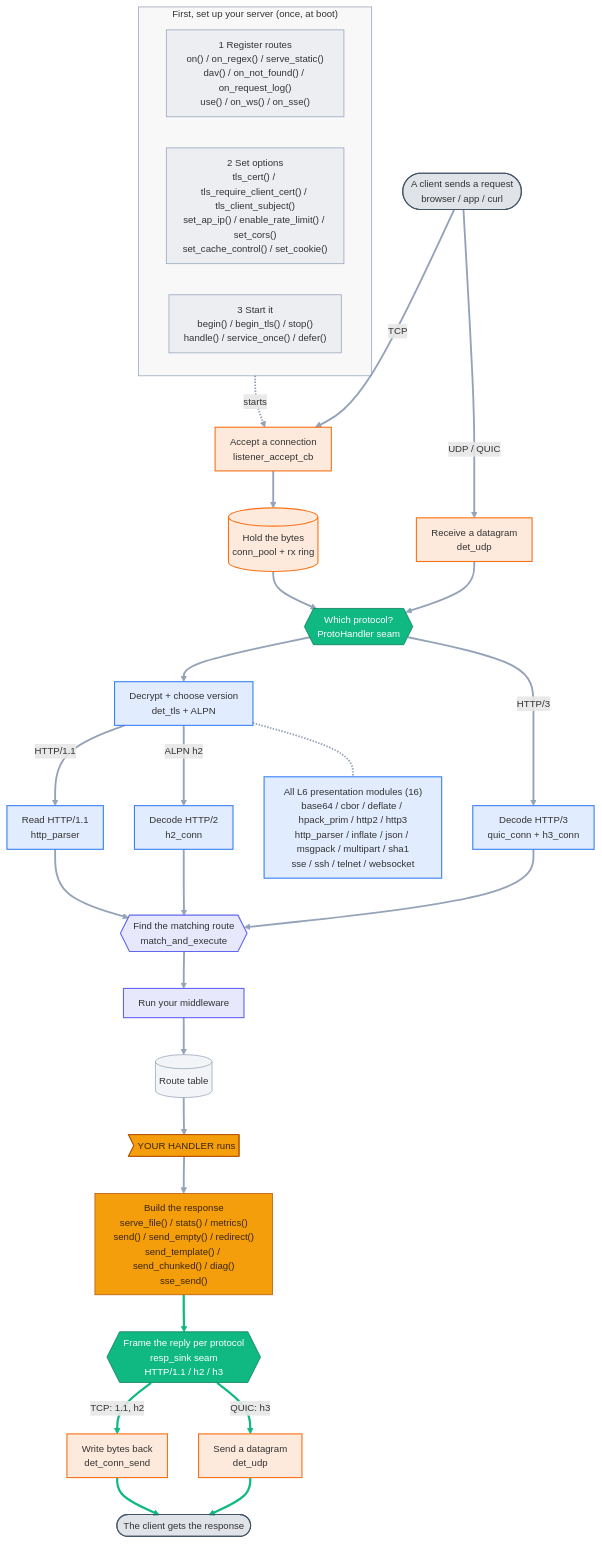
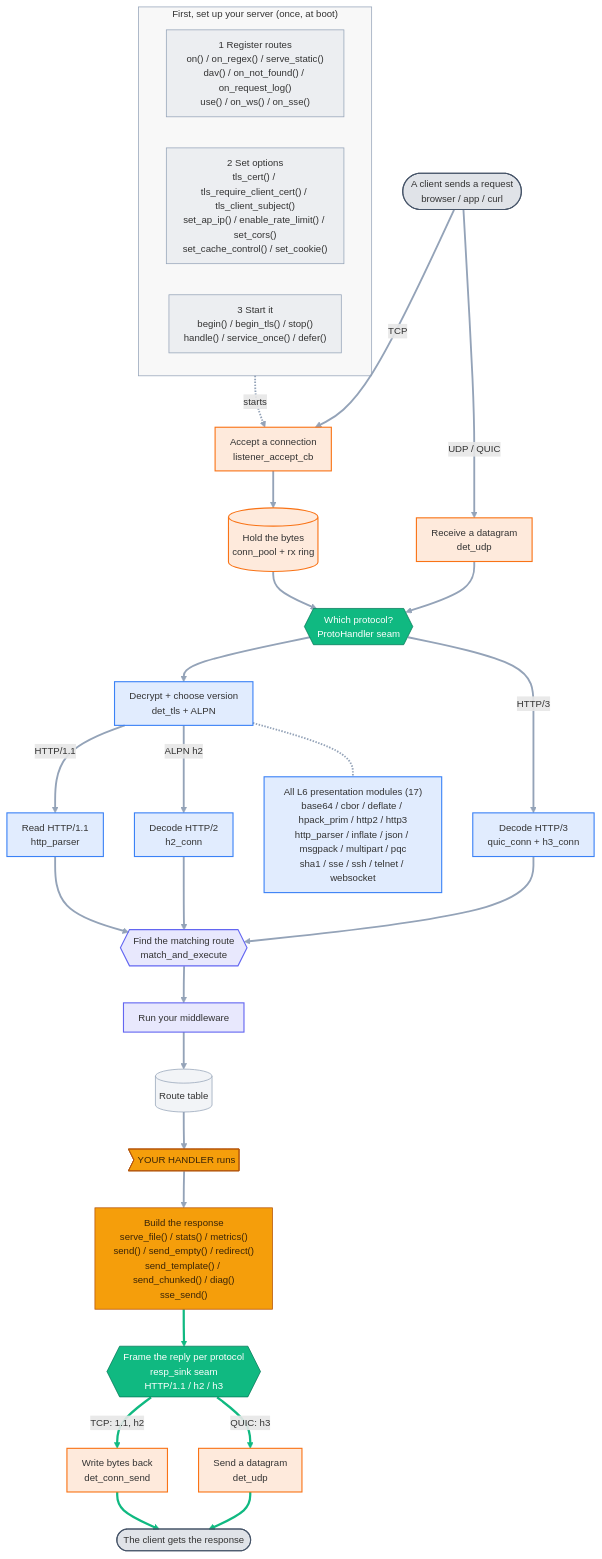
Before and after one commit to dstroy0/DeterministicESPAsyncWebServer: the diagram in docs/diagrams/api_flow_detail.mmd, drawn with Mermaid. The commit also changed 5 other files, not shown here.

```diff
--- a/docs/diagrams/api_flow_detail.mmd
+++ b/docs/diagrams/api_flow_detail.mmd
@@ -1,71 +1,71 @@
 %%{init: {'themeVariables':{'fontFamily':'ui-sans-serif,system-ui,Segoe UI,Roboto,sans-serif','fontSize':'13px','lineColor':'#94a3b8'},'flowchart':{'curve':'basis','nodeSpacing':42,'rankSpacing':50,'padding':10,'useMaxWidth':true}}}%%
 flowchart TB
   %% Auto-generated from the public API, proto_builtins.cpp, and presentation/ on disk.
   subgraph SETUP["First, set up your server (once, at boot)"]
     direction LR
     reg["1 Register routes<br/>on() / on_regex() / serve_static()<br/>dav() / on_not_found() / on_request_log()<br/>use() / on_ws() / on_sse()"]
     cfg["2 Set options<br/>tls_cert() / tls_require_client_cert() / tls_client_subject()<br/>set_ap_ip() / enable_rate_limit() / set_cors()<br/>set_cache_control() / set_cookie()"]
     run["3 Start it<br/>begin() / begin_tls() / stop()<br/>handle() / service_once() / defer()"]
   end
 
   cin(["A client sends a request<br/>browser / app / curl"])
   listen["Accept a connection<br/>listener_accept_cb"]
   ring[("Hold the bytes<br/>conn_pool + rx ring")]
   udprx["Receive a datagram<br/>det_udp"]
   seam{{"Which protocol?<br/>ProtoHandler seam<br/>"}}
   tls["Decrypt + choose version<br/>det_tls + ALPN"]
   parser["Read HTTP/1.1<br/>http_parser"]
   h2["Decode HTTP/2<br/>h2_conn"]
   h3["Decode HTTP/3<br/>quic_conn + h3_conn"]
   mae{{"Find the matching route<br/>match_and_execute"}}
   mw["Run your middleware"]
   routes[("Route table")]
   handler>"YOUR HANDLER runs"]
   resp["Build the response<br/>serve_file() / stats() / metrics()<br/>send() / send_empty() / redirect()<br/>send_template() / send_chunked() / diag()<br/>sse_send()"]
   sink{{"Frame the reply per protocol<br/>resp_sink seam<br/>HTTP/1.1 / h2 / h3"}}
   consend["Write bytes back<br/>det_conn_send"]
   udptx["Send a datagram<br/>det_udp"]
   cout(["The client gets the response"])
-  mods["All L6 presentation modules (16)<br/>base64 / cbor / deflate / hpack_prim / http2 / http3<br/>http_parser / inflate / json / msgpack / multipart / sha1<br/>sse / ssh / telnet / websocket"]
+  mods["All L6 presentation modules (17)<br/>base64 / cbor / deflate / hpack_prim / http2 / http3<br/>http_parser / inflate / json / msgpack / multipart / pqc<br/>sha1 / sse / ssh / telnet / websocket"]
 
   run -.->|starts| listen
   cin ==>|TCP| listen
   listen --> ring
   ring --> seam
   cin ==>|UDP / QUIC| udprx
   udprx --> seam
   seam --> tls
   tls -->|HTTP/1.1| parser
   tls -->|ALPN h2| h2
   seam -->|HTTP/3| h3
   parser --> mae
   h2 --> mae
   h3 --> mae
   mae --> mw
   mw --> routes
   routes --> handler
   handler --> resp
   resp --> sink
   sink -->|TCP: 1.1, h2| consend
   sink -->|QUIC: h3| udptx
   consend ==> cout
   udptx ==> cout
   tls -.- mods
 
   class cin,cout ext;
   class reg,cfg,run,routes setup;
   class listen,ring,udprx,udptx,consend l4;
   class seam,sink seam;
   class tls,parser,h2,h3,mods l6;
   class mae,mw l7;
   class handler,resp you;
   classDef ext fill:#64748b33,stroke:#475569,stroke-width:1.5px;
   classDef setup fill:#94a3b81f,stroke:#94a3b8;
   classDef l4 fill:#f9731626,stroke:#f97316,stroke-width:1.5px;
   classDef seam fill:#10b981,stroke:#047857,color:#ffffff;
   classDef l6 fill:#3b82f626,stroke:#3b82f6,stroke-width:1.5px;
   classDef l7 fill:#6366f126,stroke:#6366f1,stroke-width:1.5px;
   classDef you fill:#f59e0b,stroke:#b45309,color:#3b2508;
   style SETUP fill:#8888880f,stroke:#94a3b8,stroke-width:1px;
   linkStyle default stroke-width:2.5px;
   linkStyle 17,18,19,20,21 stroke:#10b981,stroke-width:3px;
```
